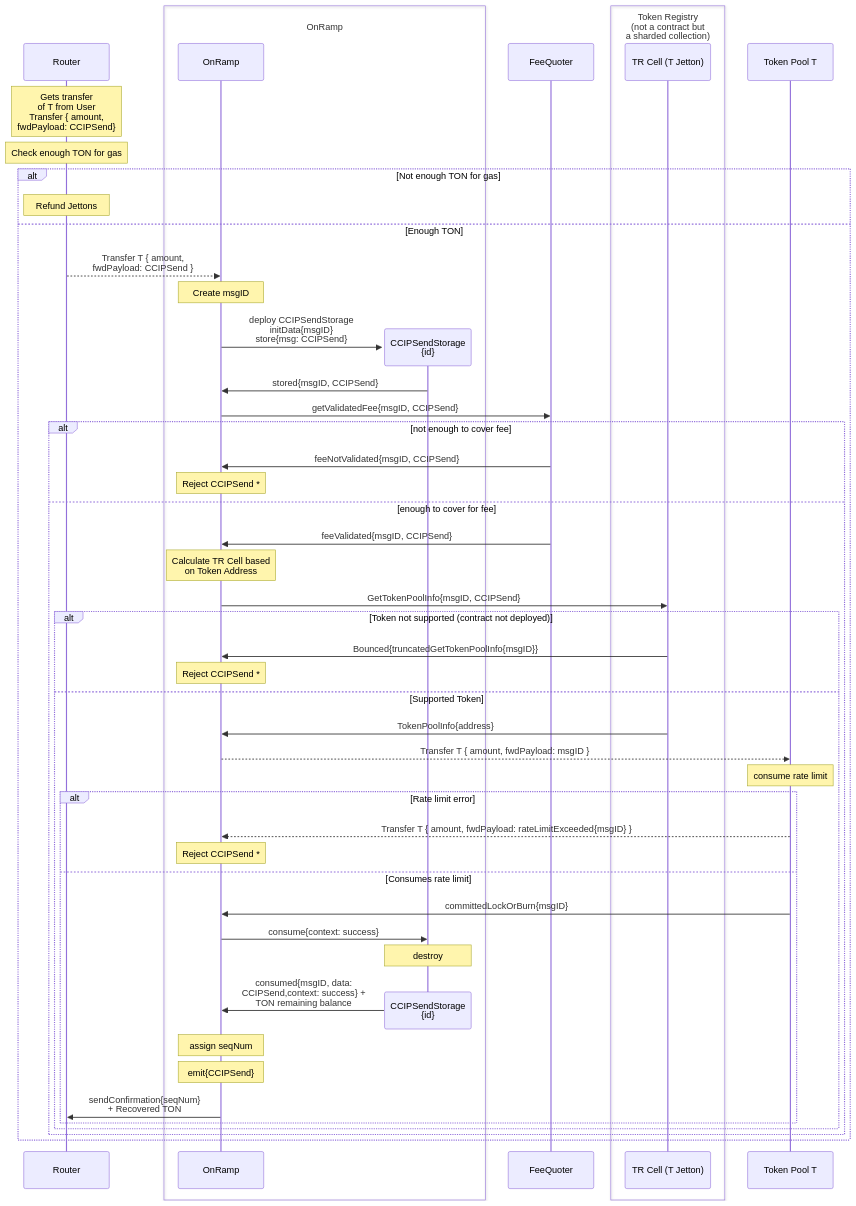
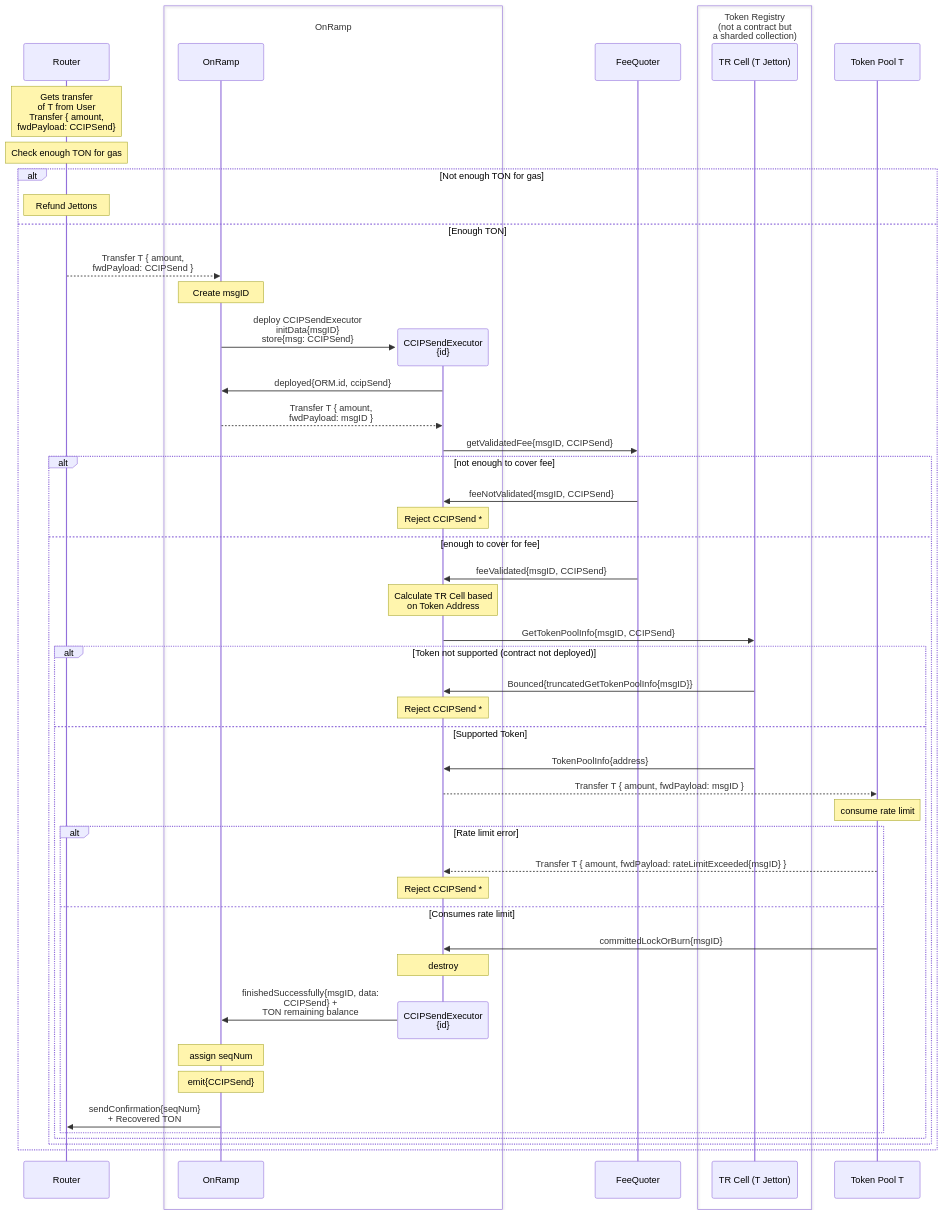
Before and after one commit to smartcontractkit/chainlink-ton: the first of 2 diagrams in docs/contracts/ccip/flow/onramp/token-transfer.md, drawn with Mermaid. The commit also changed other lines of this file and 1 other file, not shown here.

Commit message:
feat: delegate execution

````diff
--- a/docs/contracts/ccip/flow/onramp/token-transfer.md
+++ b/docs/contracts/ccip/flow/onramp/token-transfer.md
@@ -9,70 +9,70 @@
 ```mermaid
 sequenceDiagram
     participant R as Router
 
     Note over R: Gets transfer<br>of T from User<br>Transfer { amount,<br>fwdPayload: CCIPSend}
     Note over R: Check enough TON for gas 
     alt Not enough TON for gas
     Note over R: Refund Jettons
     else Enough TON
 
     R -->> OR: Transfer T { amount,<br>fwdPayload: CCIPSend }
     
     Note over OR: Create msgID
-    create participant CS
-    OR ->> CS: deploy CCIPSendStorage <br>initData{msgID}<br>store{msg: CCIPSend}
-    CS ->> OR: stored{msgID, CCIPSend}
+    create participant ORM
+    OR ->> ORM: deploy CCIPSendExecutor <br>initData{msgID}<br>store{msg: CCIPSend}
+    ORM ->> OR: deployed{ORM.id, ccipSend}
+    OR -->> ORM: Transfer T { amount,<br>fwdPayload: msgID }
 
     box OnRamp
     participant OR as OnRamp
-    participant CS as CCIPSendStorage<br>{id}
+    participant ORM as CCIPSendExecutor<br>{id}
     end
 
     participant FQ as FeeQuoter
 
     box Token Registry<br>(not a contract but<br>a sharded collection)
     participant TRC as TR Cell (T Jetton)
     end
 
     participant TP as Token Pool T
 
-    OR ->> FQ: getValidatedFee{msgID, CCIPSend}
+    ORM ->> FQ: getValidatedFee{msgID, CCIPSend}
 
 
     alt not enough to cover fee
-    FQ ->> OR: feeNotValidated{msgID, CCIPSend}
-    Note over OR: Reject CCIPSend *
+    FQ ->> ORM: feeNotValidated{msgID, CCIPSend}
+    Note over ORM: Reject CCIPSend *
 
     else enough to cover for fee
-    FQ ->> OR: feeValidated{msgID, CCIPSend}
-    Note over OR: Calculate TR Cell based<br>on Token Address
+    FQ ->> ORM: feeValidated{msgID, CCIPSend}
+    Note over ORM: Calculate TR Cell based<br>on Token Address
 
-    OR ->> TRC: GetTokenPoolInfo{msgID, CCIPSend}
+    ORM ->> TRC: GetTokenPoolInfo{msgID, CCIPSend}
 
     alt Token not supported (contract not deployed)
-    TRC ->> OR: Bounced{truncatedGetTokenPoolInfo{msgID}}
-    Note over OR: Reject CCIPSend *
+    TRC ->> ORM: Bounced{truncatedGetTokenPoolInfo{msgID}}
+    Note over ORM: Reject CCIPSend *
     else Supported Token
-    TRC ->> OR: TokenPoolInfo{address}
+    TRC ->> ORM: TokenPoolInfo{address}
 
-    OR -->> TP: Transfer T { amount, fwdPayload: msgID }
+    ORM -->> TP: Transfer T { amount, fwdPayload: msgID }
     
     Note over TP: consume rate limit
     alt Rate limit error
-    TP -->> OR: Transfer T { amount, fwdPayload: rateLimitExceeded{msgID} }
-    Note over OR: Reject CCIPSend *
+    TP -->> ORM: Transfer T { amount, fwdPayload: rateLimitExceeded{msgID} }
+    Note over ORM: Reject CCIPSend *
 
     else Consumes rate limit
-    TP ->> OR: committedLockOrBurn{msgID} 
-    OR ->> CS: consume{context: success} 
-    Note over CS: destroy
-    destroy CS
-    CS ->> OR: consumed{msgID, data:<br>CCIPSend,context: success} +<br>TON remaining balance
+    TP ->> ORM: committedLockOrBurn{msgID} 
+    Note over ORM: destroy
+    destroy ORM
+    ORM ->> OR: finishedSuccessfully{msgID, data:<br>CCIPSend} +<br>TON remaining balance
     note over OR: assign seqNum
     note over OR: emit{CCIPSend}
     OR ->> R: sendConfirmation{seqNum}<br>+ Recovered TON
     end
     end
     end
     end
 ```
````
